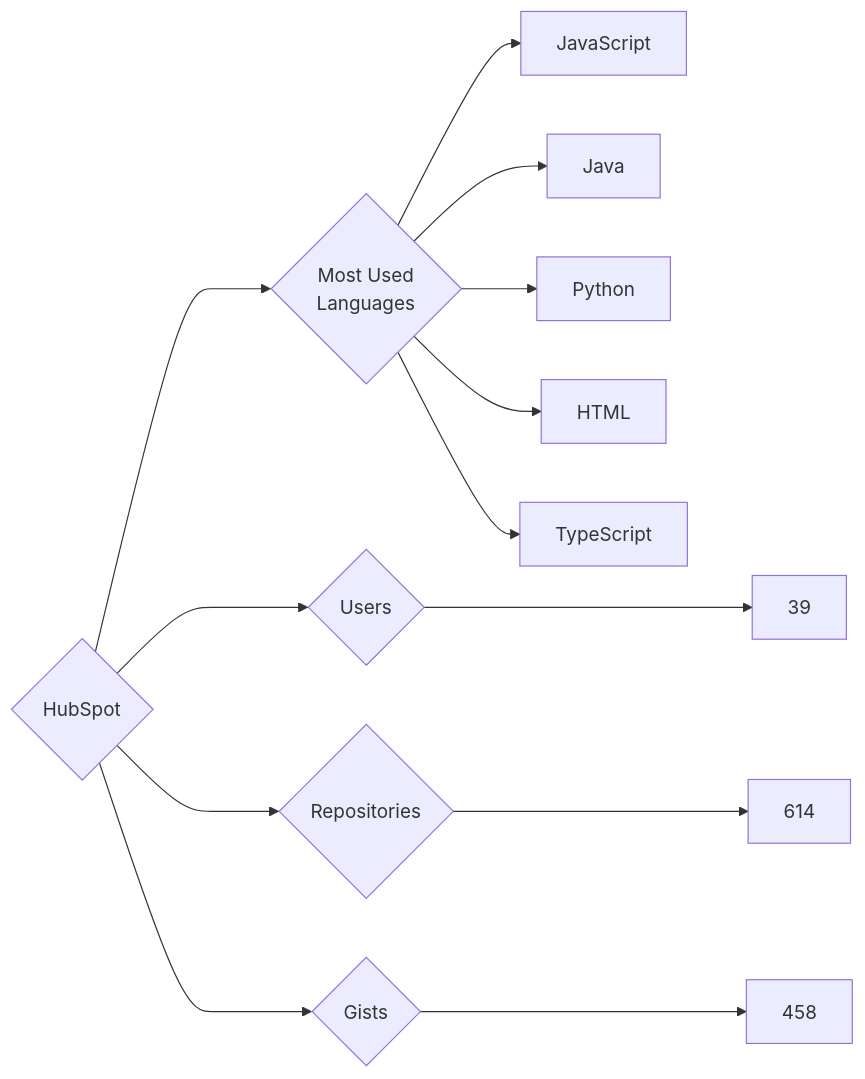
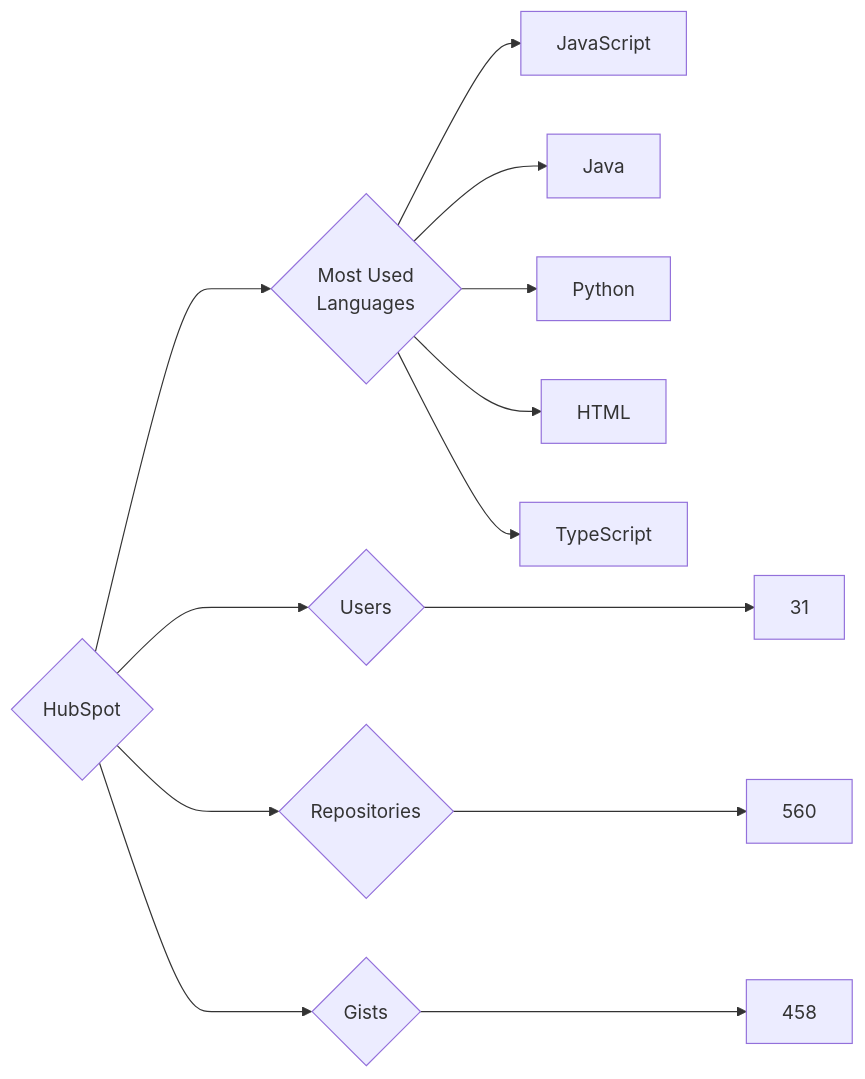
Before and after one commit to trickest/insiders: the diagram in targets/HubSpot/README.md, drawn with Mermaid. The commit also changed 1238 other files, not shown here.

````diff
--- a/targets/HubSpot/README.md
+++ b/targets/HubSpot/README.md
@@ -3,13 +3,13 @@
 ```mermaid
 graph LR
 COMPANY_NAME{HubSpot}
-COMPANY_NAME ---> U{Users} ---> UN[39]
-COMPANY_NAME ---> R{Repositories} ---> RN[614]
+COMPANY_NAME ---> U{Users} ---> UN[31]
+COMPANY_NAME ---> R{Repositories} ---> RN[560]
 COMPANY_NAME ---> G{Gists} ---> GN[458]
 COMPANY_NAME ---> ML{Most Used<br>Languages}
 ML --> JavaScript[JavaScript]
 ML --> Java[Java]
 ML --> Python[Python]
 ML --> HTML[HTML]
 ML --> TypeScript[TypeScript]
 ```
````
